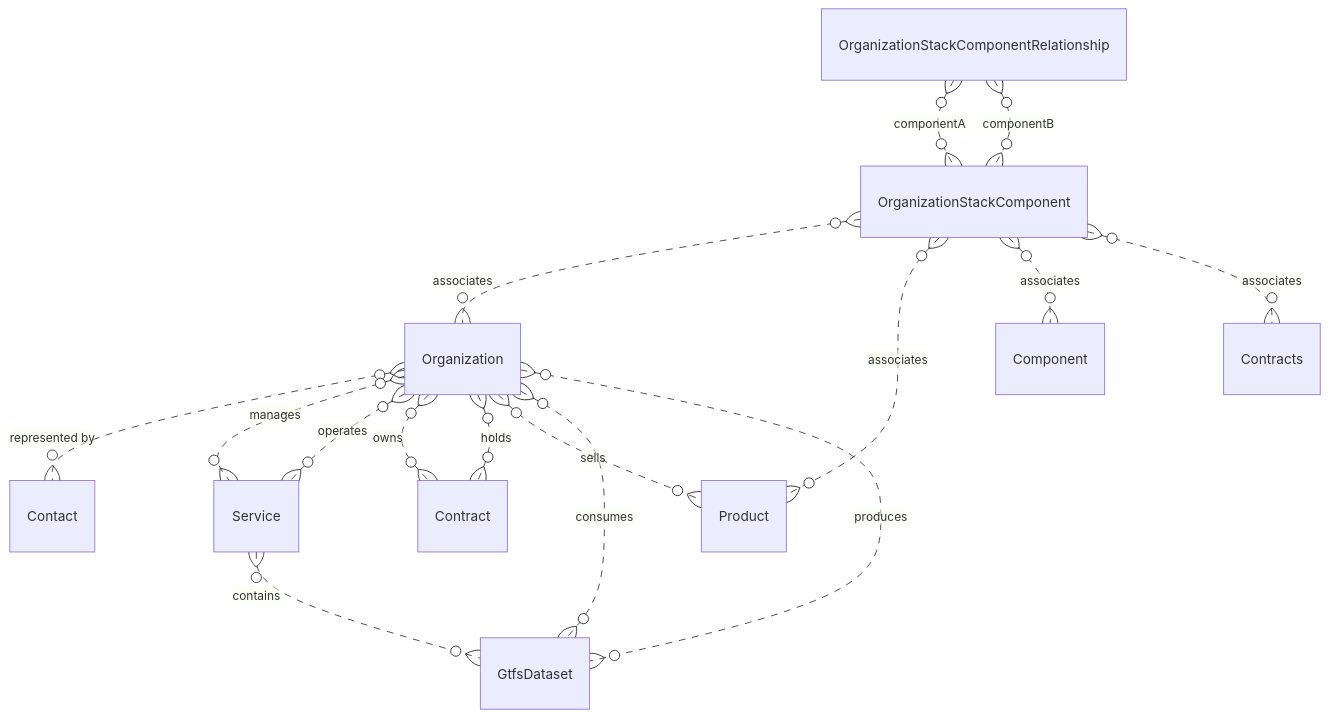
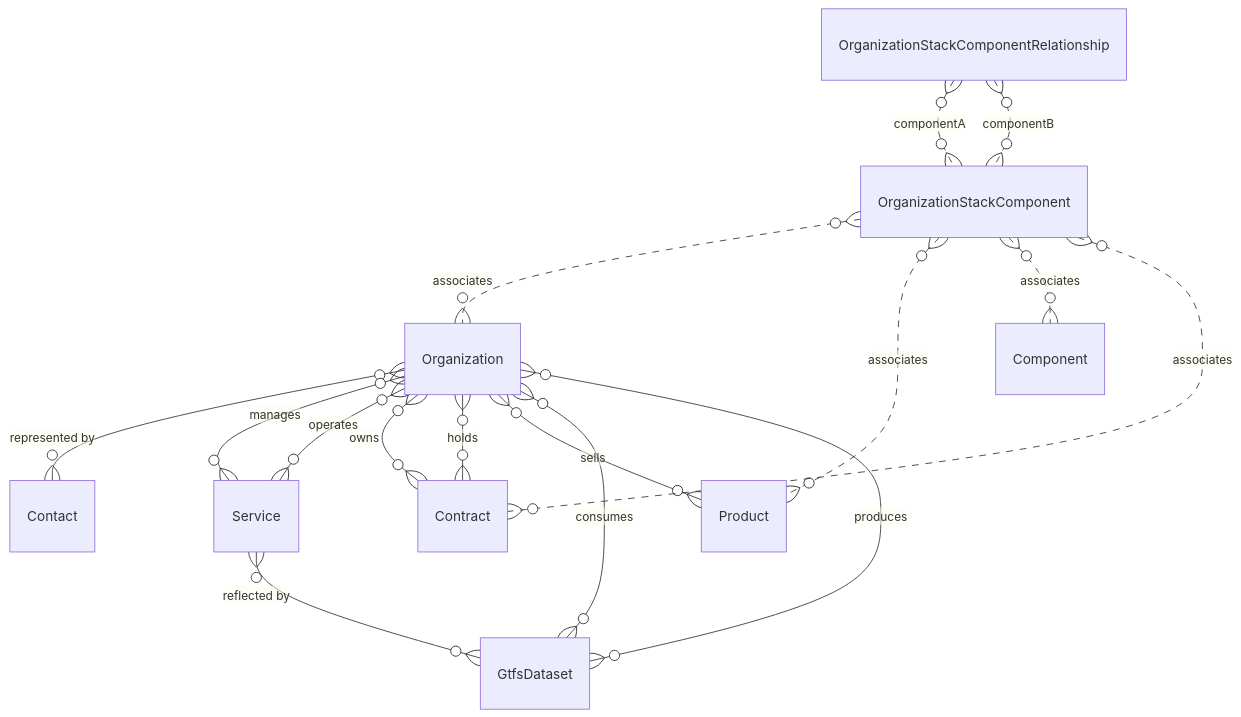
One commit to cal-itp/data-infra changed the diagram in docs/datasets/transitstacks.md. Above: the diagram before and after it, drawn with Mermaid.

Commit message:
docs(transitstacks): update erd

````diff
--- a/docs/datasets/transitstacks.md
+++ b/docs/datasets/transitstacks.md
@@ -9,21 +9,21 @@
 ```mermaid
 erDiagram
-    Organization }o..o{ Contact : "represented by"
-    Organization }o..o{ Service: "manages"
-    Organization }o..o{ Service: "operates"
-    Organization }o..o{ Contract: "owns"
-    Organization }o..o{ Contract: "holds"
-    Organization }o..o{ Product: "sells"
-    Organization }o..o{ GtfsDataset: "consumes"
-    Organization }o..o{ GtfsDataset: "produces"
+    Organization }o--o{ Contact : "represented by"
+    Organization }o--o{ Service: "manages"
+    Organization }o--o{ Service: "operates"
+    Organization }o--o{ Contract: "owns"
+    Organization }o--o{ Contract: "holds"
+    Organization }o--o{ Product: "sells"
+    Organization }o--o{ GtfsDataset: "consumes"
+    Organization }o--o{ GtfsDataset: "produces"
 
-    Service }o..o{ GtfsDataset: "contains"
+    Service }o--o{ GtfsDataset: "reflected by"
 
     OrganizationStackComponent }o..o{ Organization: "associates"
     OrganizationStackComponent }o..o{ Product: "associates"
     OrganizationStackComponent }o..o{ Component: "associates"
-    OrganizationStackComponent }o..o{ Contracts: "associates"
+    OrganizationStackComponent }o..o{ Contract: "associates"
 
     OrganizationStackComponentRelationship }o..o{ OrganizationStackComponent: componentA
     OrganizationStackComponentRelationship }o..o{ OrganizationStackComponent: componentB
 ```
````
